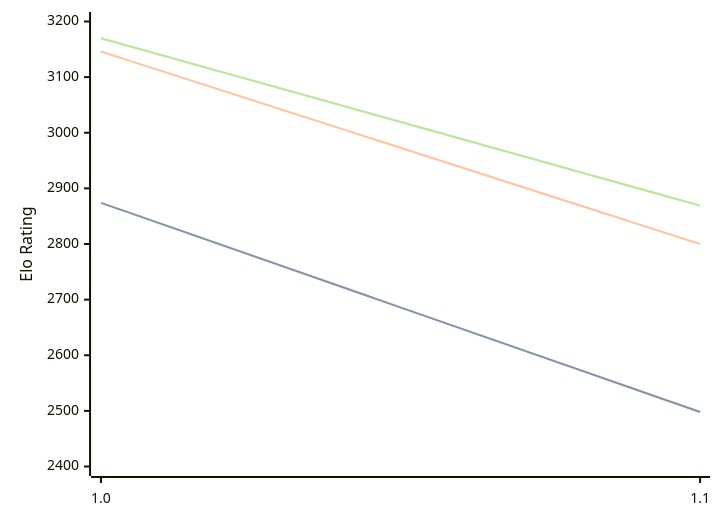
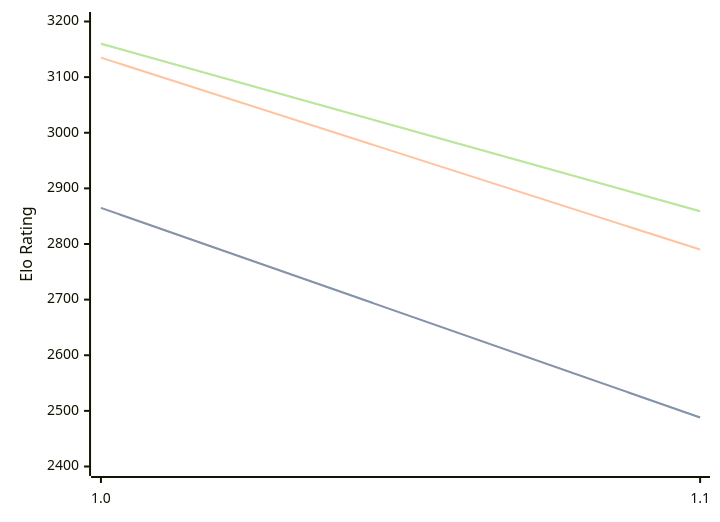
The diagram in engines/Publius.md (computer-chess-index/cci), drawn with Mermaid before and after one commit. The commit also changed other lines of this file, not shown here.

Commit message:
Update CCI Ratings (ELO VLTC) - 2026-03-19

````diff
--- a/engines/Publius.md
+++ b/engines/Publius.md
@@ -30,11 +30,11 @@
 ```mermaid
 %%{init: {"theme":"base","themeVariables":{"seriesColors:['#a3a3a3','#222221','#faa371']}}}%%
 xychart-beta
   x-axis ["1.0", "1.1"]
   y-axis "Elo Rating" 2400 --> 3200
-  line "STC (8.0+0.08s)" [2874, 2498]
-  line "STC (8.0+0.08s)" [2874, 2498]
-  line "LTC (60.0+0.60s)" [3146, 2800]
-  line "VLTC (2m24s+1.12s)" [3170, 2869]
-  line "VLTC (2m24s+1.12s)" [3170, 2869]
+  line "STC (8.0+0.08s)" [2865, 2488]
+  line "STC (8.0+0.08s)" [2865, 2488]
+  line "LTC (60.0+0.60s)" [3135, 2790]
+  line "VLTC (2m24s+1.12s)" [3160, 2859]
+  line "VLTC (2m24s+1.12s)" [3160, 2859]
 ```
````
